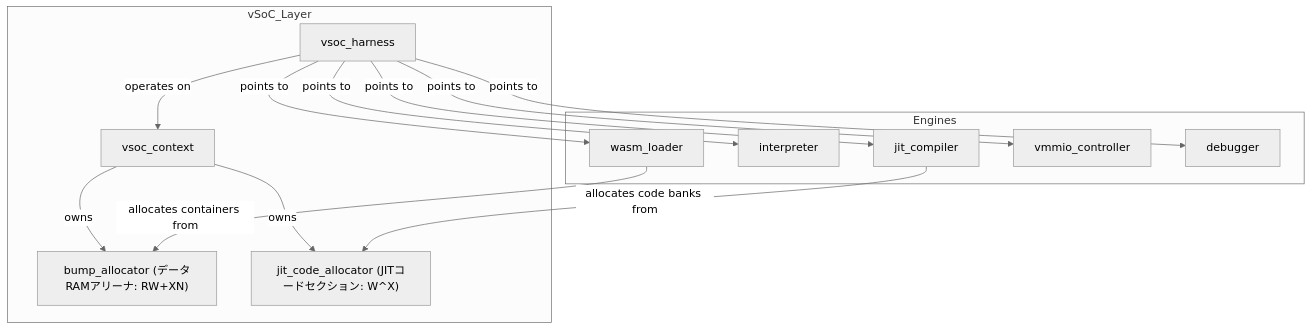
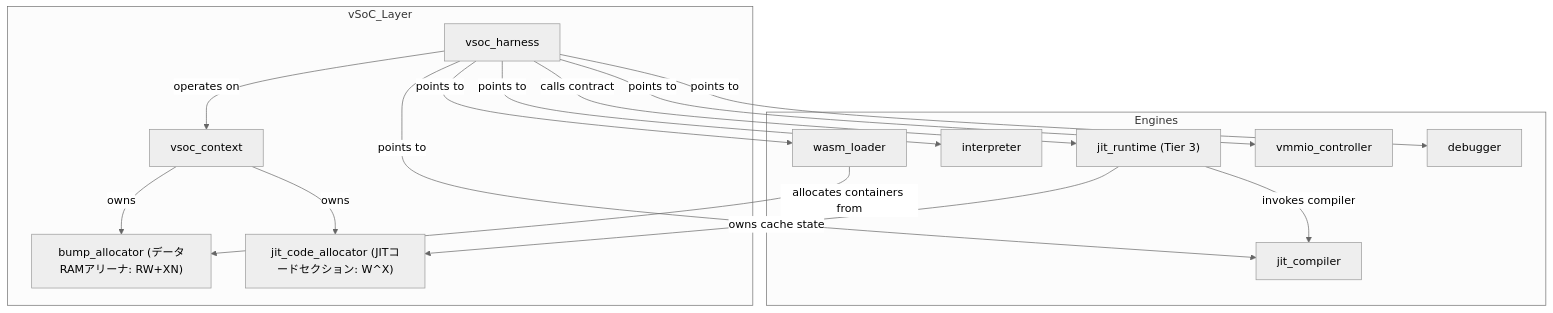
The first of 6 diagrams in docs/components/tier2_runtime/runtime_vsoc.md (kmt-t/fireball), drawn with Mermaid (neutral theme) before and after one commit. The commit also changed other lines of this file and 31 other files, not shown here.

````diff
--- a/docs/components/tier2_runtime/runtime_vsoc.md
+++ b/docs/components/tier2_runtime/runtime_vsoc.md
@@ -34,28 +34,31 @@
 ```mermaid
 graph TD
     subgraph vSoC_Layer
         Harness["vsoc_harness"]
         Context["vsoc_context"]
         Alloc["bump_allocator (データRAMアリーナ: RW+XN)"]
         JitAlloc["jit_code_allocator (JITコードセクション: W^X)"]
     end
 
     subgraph Engines
         Loader["wasm_loader"]
         Interp["interpreter"]
         JIT["jit_compiler"]
+        JITRuntime["jit_runtime (Tier 3)"]
         vMMIO["vmmio_controller"]
         Debug["debugger"]
     end
 
     Harness -- points to --> Loader
     Harness -- points to --> Interp
     Harness -- points to --> JIT
+    Harness -- calls contract --> JITRuntime
     Harness -- points to --> vMMIO
     Harness -- points to --> Debug
     Harness -- operates on --> Context
     Context -- owns --> Alloc
     Context -- owns --> JitAlloc
     Loader -- allocates containers from --> Alloc
-    JIT -- allocates code banks from --> JitAlloc
+    JITRuntime -- owns cache state --> JitAlloc
+    JITRuntime -- invokes compiler --> JIT
 ```
````
